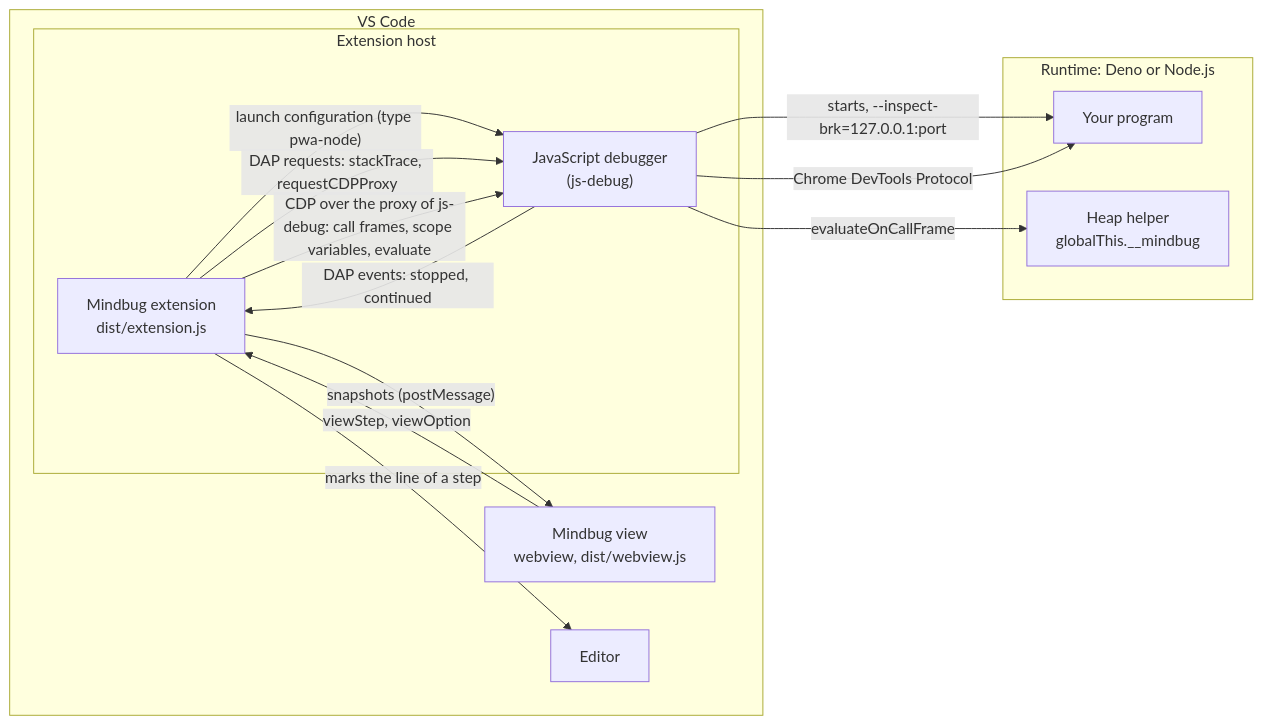
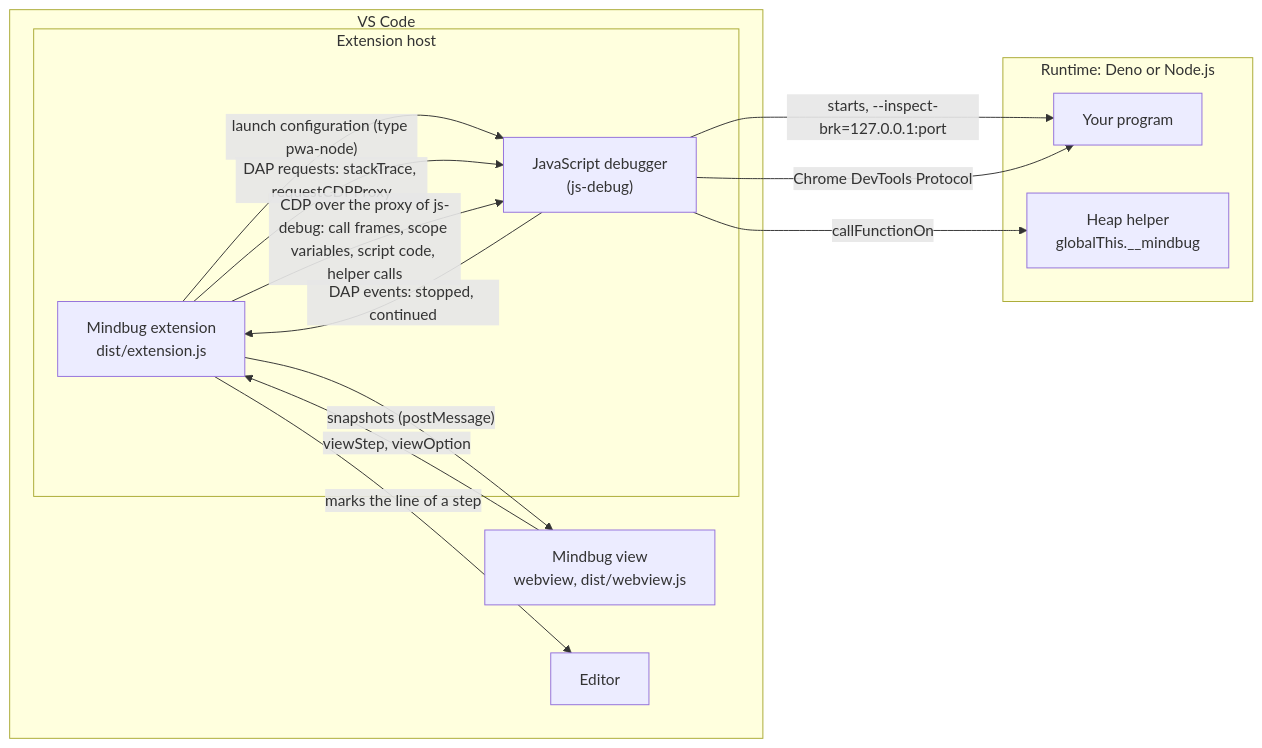
One commit to nimblescape/nimblescape-mindbug changed the diagram in docs/architecture.md. Above: the diagram before and after it, drawn with Mermaid. The commit also changed other lines of this file and 31 other files, not shown here.

````diff
--- a/docs/architecture.md
+++ b/docs/architecture.md
@@ -9,25 +9,25 @@
 ```mermaid
 flowchart LR
   subgraph VSC["VS Code"]
     subgraph HOST["Extension host"]
       EXT["Mindbug extension<br/>dist/extension.js"]
       JSD["JavaScript debugger<br/>(js-debug)"]
     end
     VIEW["Mindbug view<br/>webview, dist/webview.js"]
     ED["Editor"]
   end
   subgraph RT["Runtime: Deno or Node.js"]
     PRG["Your program"]
     HW["Heap helper<br/>globalThis.__mindbug"]
   end
   EXT -- "launch configuration (type pwa-node)" --> JSD
   JSD -- "starts, --inspect-brk=127.0.0.1:port" --> PRG
   JSD -- "Chrome DevTools Protocol" --> PRG
   JSD -- "DAP events: stopped, continued" --> EXT
   EXT -- "DAP requests: stackTrace, requestCDPProxy" --> JSD
-  EXT -- "CDP over the proxy of js-debug: call frames, scope variables, evaluate" --> JSD
-  JSD -- "evaluateOnCallFrame" --> HW
+  EXT -- "CDP over the proxy of js-debug: call frames, scope variables, script code, helper calls" --> JSD
+  JSD -- "callFunctionOn" --> HW
   EXT -- "snapshots (postMessage)" --> VIEW
   VIEW -- "viewStep, viewOption" --> EXT
   EXT -- "marks the line of a step" --> ED
 ```
````
